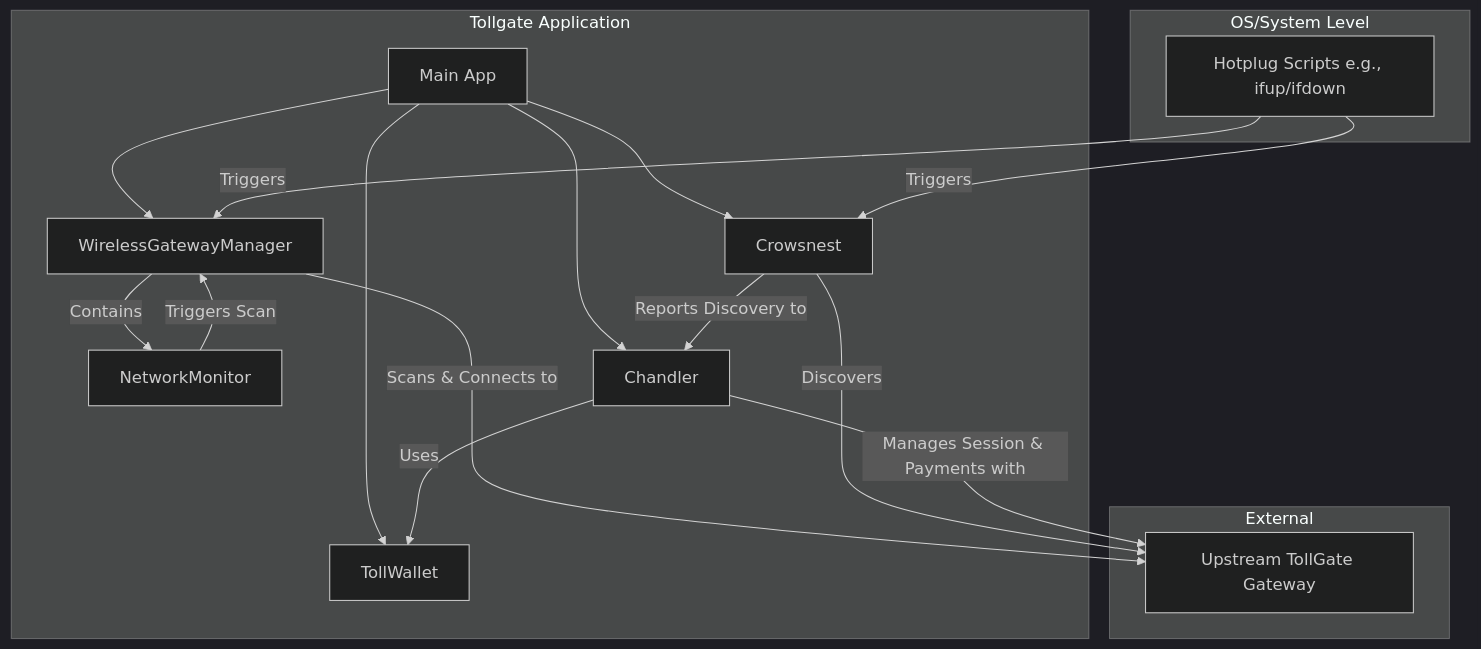
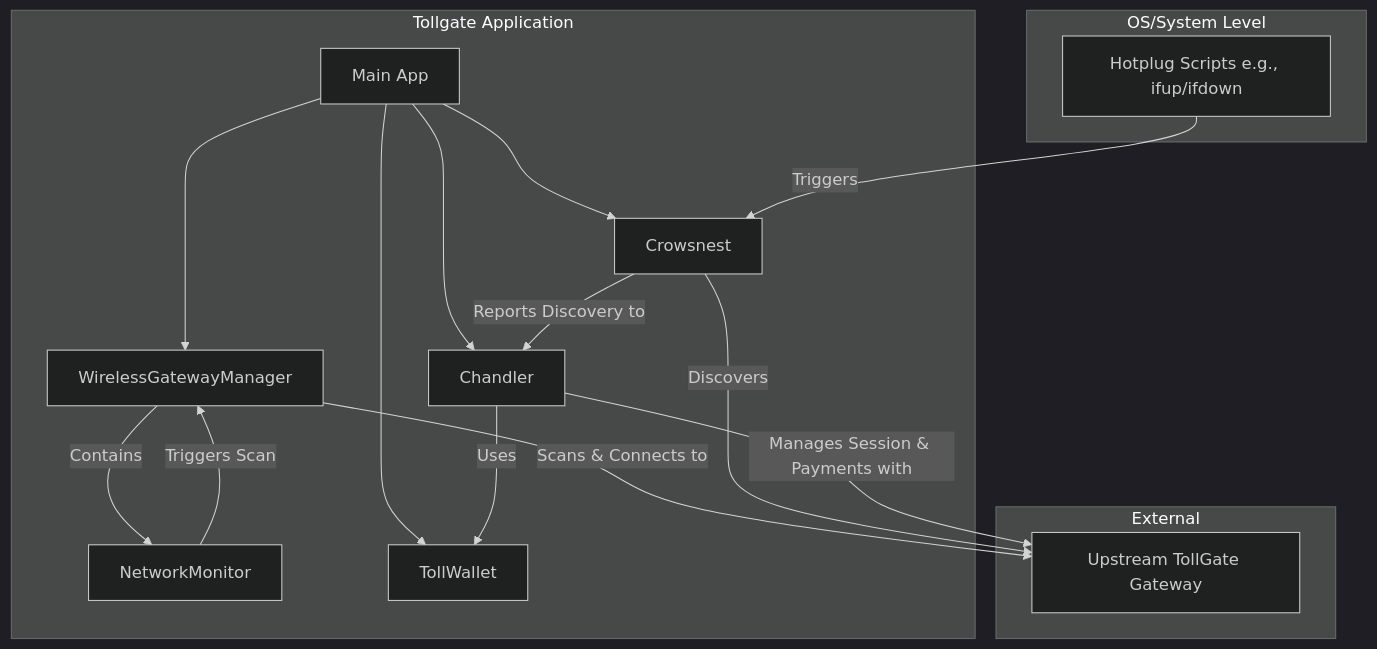
One commit to OpenTollGate/tollgate-module-basic-go changed the diagram in docs/system-architecture.md. Above: the diagram before and after it, drawn with Mermaid (dark theme). The commit also changed other lines of this file, not shown here.

Commit message:
current architecture in sequence diagram

````diff
--- a/docs/system-architecture.md
+++ b/docs/system-architecture.md
@@ -7,37 +7,36 @@
 ```mermaid
 graph TD
     subgraph OS/System Level
         A[Hotplug Scripts e.g., ifup/ifdown]
     end
 
     subgraph Tollgate Application
         B[WirelessGatewayManager]
         C[NetworkMonitor]
         D[Crowsnest]
         E[Chandler]
         F[TollWallet]
         G[Main App]
     end
 
     subgraph External
         H[Upstream TollGate Gateway]
     end
 
     G --> B
     G --> D
     G --> E
     G --> F
 
-    A -- Triggers --> B
     A -- Triggers --> D
 
     B -- Contains --> C
     C -- Triggers Scan --> B
 
     B -- Scans & Connects to --> H
     D -- Discovers --> H
     D -- Reports Discovery to --> E
 
     E -- Manages Session & Payments with --> H
     E -- Uses --> F
 ```
````
